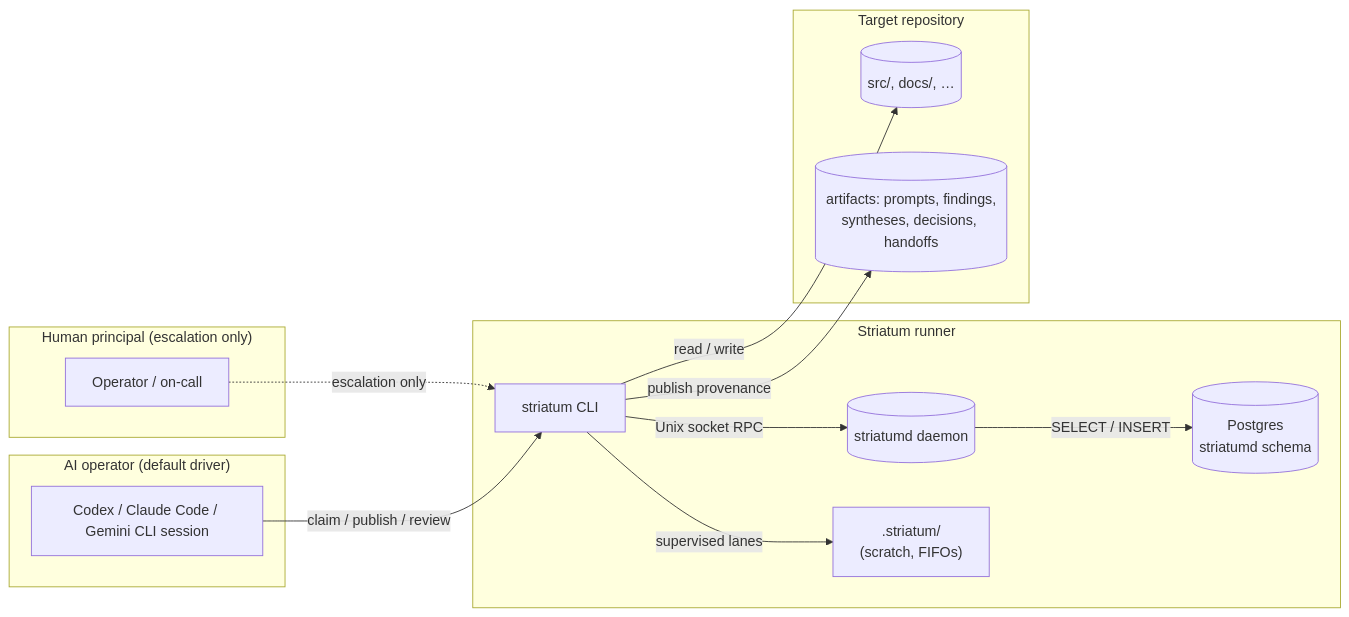
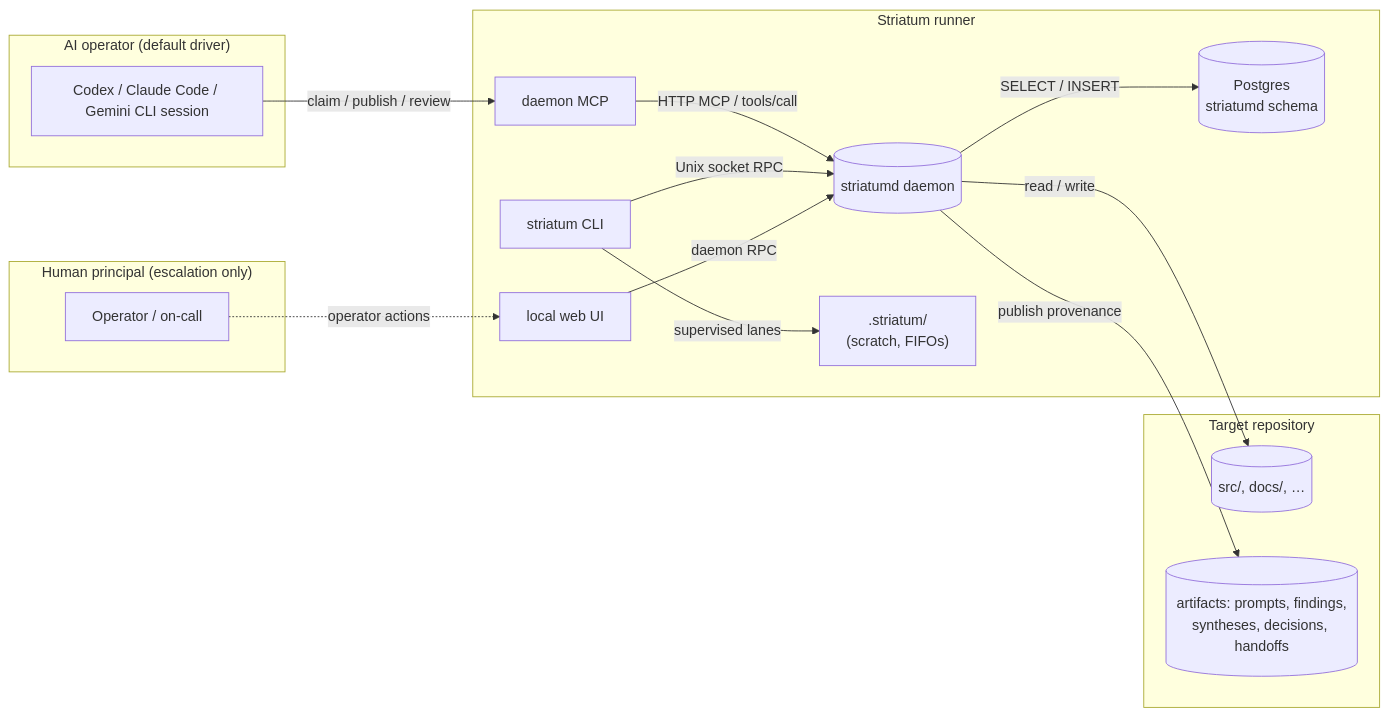
One commit to Zeeeepa/striatum changed the first of 7 diagrams in README.md. Above: the diagram before and after it, drawn with Mermaid. The commit also changed other lines of this file and 84 other files, not shown here.

````diff
--- a/README.md
+++ b/README.md
@@ -25,26 +28,30 @@
 ```mermaid
 flowchart LR
   subgraph human["Human principal (escalation only)"]
     H[Operator / on-call]
   end
   subgraph operator["AI operator (default driver)"]
     O[Codex / Claude Code / Gemini CLI session]
   end
   subgraph striatum["Striatum runner"]
+    MCP["daemon MCP"]
     CLI["striatum CLI"]
+    Web["local web UI"]
     D[("striatumd daemon")]
     PG[(Postgres<br/>striatumd schema)]
     Scratch[".striatum/<br/>(scratch, FIFOs)"]
+    MCP -- "HTTP MCP / tools/call" --> D
     CLI -- "Unix socket RPC" --> D
+    Web -- "daemon RPC" --> D
     D -- "SELECT / INSERT" --> PG
     CLI -- "supervised lanes" --> Scratch
   end
   subgraph repo["Target repository"]
     Source[("src/, docs/, …")]
     Artifacts[("artifacts: prompts, findings,<br/>syntheses, decisions, handoffs")]
   end
-  H -. "escalation only" .-> CLI
-  O -- "claim / publish / review" --> CLI
-  CLI -- "read / write" --> Source
-  CLI -- "publish provenance" --> Artifacts
+  H -. "operator actions" .-> Web
+  O -- "claim / publish / review" --> MCP
+  D -- "read / write" --> Source
+  D -- "publish provenance" --> Artifacts
 ```
````
